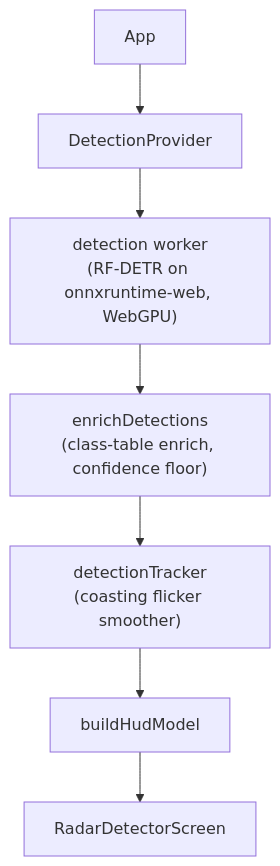
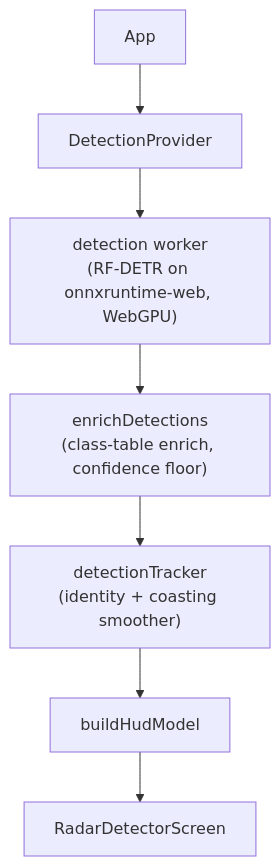
One commit to tuxracer/dashradar-app changed the diagram in docs/TRD.md. Above: the diagram before and after it, drawn with Mermaid. The commit also changed other lines of this file and 13 other files, not shown here.

````diff
--- a/docs/TRD.md
+++ b/docs/TRD.md
@@ -35,9 +35,9 @@
 ```mermaid
 flowchart TB
     App --> DP[DetectionProvider]
     DP --> W["detection worker<br>(RF-DETR on onnxruntime-web, WebGPU)"]
     W --> F["enrichDetections<br>(class-table enrich, confidence floor)"]
-    F --> T["detectionTracker<br>(coasting flicker smoother)"]
+    F --> T["detectionTracker<br>(identity + coasting smoother)"]
     T --> H[buildHudModel]
     H --> R[RadarDetectorScreen]
 ```
````
